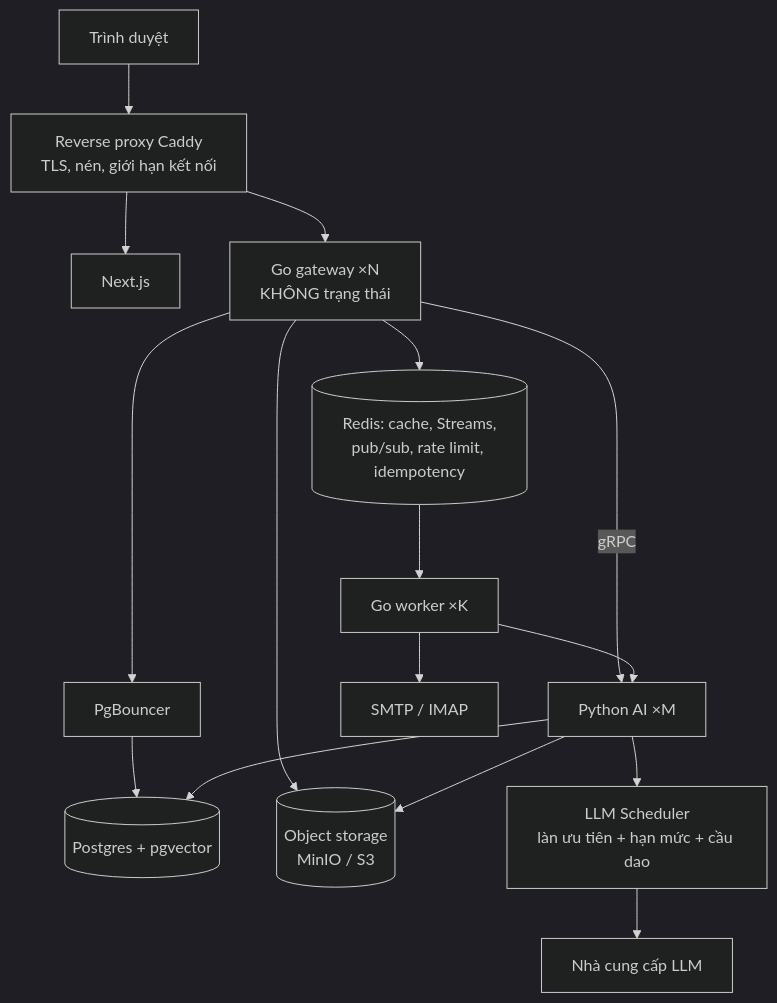
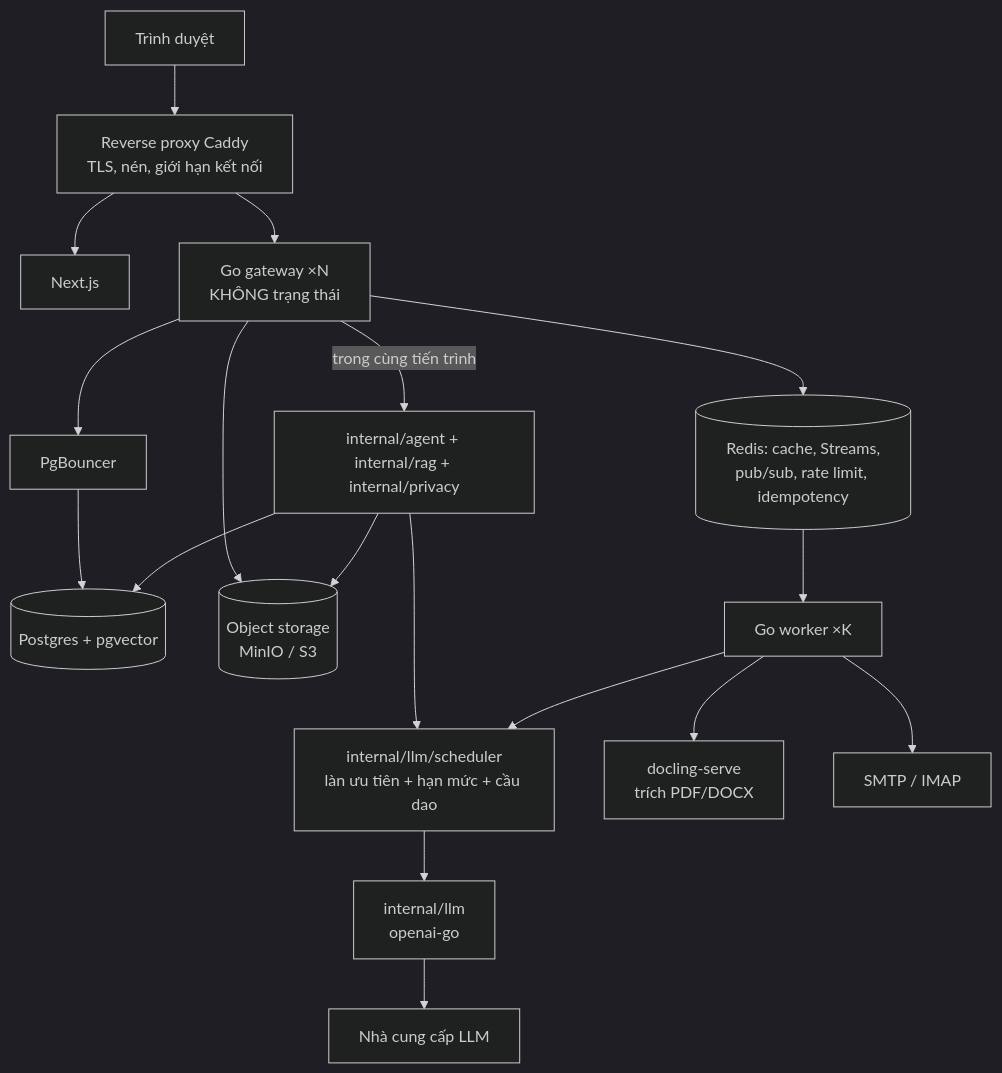
Before and after one commit to kagamikuro1024/TA_Agent: the diagram in docs/SYSTEM_DESIGN.md, drawn with Mermaid (dark theme). The commit also changed other lines of this file and 27 other files, not shown here.

````diff
--- a/docs/SYSTEM_DESIGN.md
+++ b/docs/SYSTEM_DESIGN.md
@@ -46,15 +46,16 @@
 ```mermaid
 flowchart TD
   U[Trình duyệt] --> RP[Reverse proxy Caddy<br/>TLS, nén, giới hạn kết nối]
   RP --> FE[Next.js]
   RP --> GW[Go gateway ×N<br/>KHÔNG trạng thái]
   GW --> PGB[PgBouncer] --> PG[(Postgres + pgvector)]
   GW --> RD[(Redis: cache, Streams,<br/>pub/sub, rate limit, idempotency)]
   GW --> OS[(Object storage<br/>MinIO / S3)]
-  GW -->|gRPC| AI[Python AI ×M]
-  AI --> SCH[LLM Scheduler<br/>làn ưu tiên + hạn mức + cầu dao] --> EXT[Nhà cung cấp LLM]
+  GW -->|trong cùng tiến trình| AI[internal/agent + internal/rag + internal/privacy]
+  AI --> SCH[internal/llm/scheduler<br/>làn ưu tiên + hạn mức + cầu dao] --> LLM[internal/llm<br/>openai-go] --> EXT[Nhà cung cấp LLM]
   AI --> PG
   AI --> OS
-  RD --> WK[Go worker ×K] --> AI
+  RD --> WK[Go worker ×K] --> SCH
+  WK --> DOC[docling-serve<br/>trích PDF/DOCX]
   WK --> MAIL[SMTP / IMAP]
 ```
````
